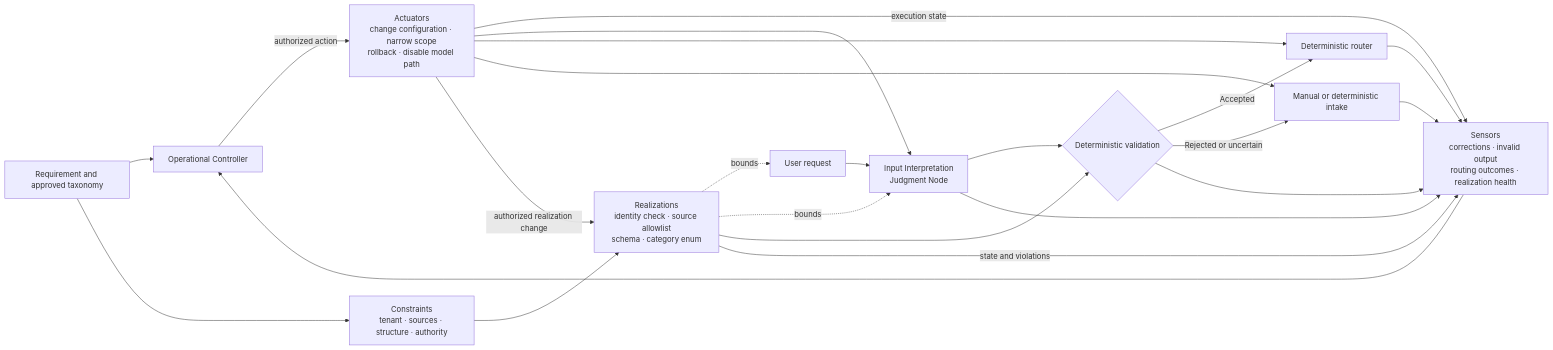
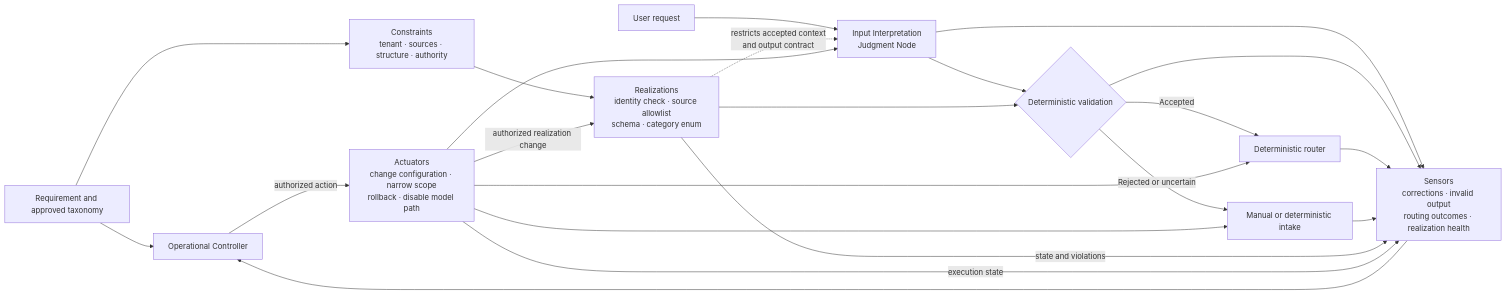
Before and after one commit to UncertaintyArchitectureGroup/uncertainty-architecture: the first of 4 diagrams in 03-reference-architectures/judgment-placement-examples.md, drawn with Mermaid. The commit also changed other lines of this file, not shown here.

Commit message:
Correct realization and actuator edges in reference diagrams

````diff
--- a/03-reference-architectures/judgment-placement-examples.md
+++ b/03-reference-architectures/judgment-placement-examples.md
@@ -79,35 +79,34 @@
 ```mermaid
 flowchart LR
     R[Requirement and approved taxonomy]
     K[Constraints<br/>tenant · sources · structure · authority]
     KR[Realizations<br/>identity check · source allowlist<br/>schema · category enum]
     U[User request]
     J[Input Interpretation<br/>Judgment Node]
     V{Deterministic validation}
     Q[Deterministic router]
     F[Manual or deterministic intake]
     S[Sensors<br/>corrections · invalid output<br/>routing outcomes · realization health]
     C[Operational Controller]
     A[Actuators<br/>change configuration · narrow scope<br/>rollback · disable model path]
 
     R --> C
     R --> K --> KR
-    KR -. bounds .-> U
-    KR -. bounds .-> J
     U --> J --> V
+    KR -. restricts accepted context<br/>and output contract .-> J
     KR --> V
     V -->|Accepted| Q
     V -->|Rejected or uncertain| F
     J --> S
     V --> S
     Q --> S
     F --> S
     KR -->|state and violations| S
     A -->|execution state| S
     S --> C
     C -->|authorized action| A
     A --> J
     A --> Q
     A --> F
     A -->|authorized realization change| KR
 ```
````
